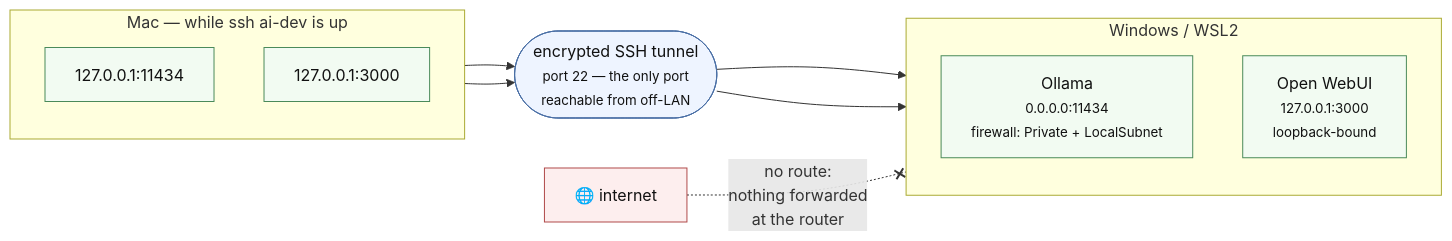
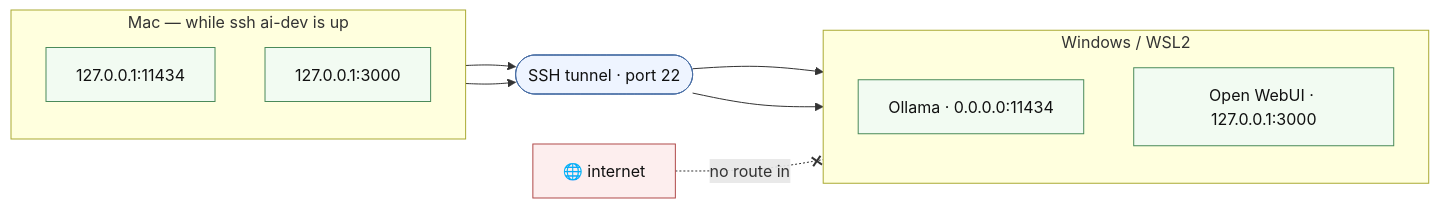
The second of 3 diagrams in docs/architecture.md (beibeiyang/local-ai-workstation), drawn with Mermaid before and after one commit. The commit also changed other lines of this file and 1 other file, not shown here.

Commit message:
fix diagram labels

````diff
--- a/docs/architecture.md
+++ b/docs/architecture.md
@@ -149,31 +149,31 @@
 ```mermaid
 flowchart LR
     subgraph macside["Mac — while ssh ai-dev is up"]
         direction TB
         m1["127.0.0.1:11434"]
         m2["127.0.0.1:3000"]
     end
 
-    tunnel(["encrypted SSH tunnel<br/><small>port 22 — the only port<br/>reachable from off-LAN</small>"])
+    tunnel(["SSH tunnel · port 22"])
 
     subgraph winside["Windows / WSL2"]
         direction TB
-        w1["Ollama<br/><small>0.0.0.0:11434<br/>firewall: Private + LocalSubnet</small>"]
-        w2["Open WebUI<br/><small>127.0.0.1:3000<br/>loopback-bound</small>"]
+        w1["Ollama · 0.0.0.0:11434"]
+        w2["Open WebUI · 127.0.0.1:3000"]
     end
 
     lan["🌐 internet"]
 
     m1 --> tunnel
     m2 --> tunnel
     tunnel --> w1
     tunnel --> w2
-    lan -. "no route:<br/>nothing forwarded<br/>at the router" .-x winside
+    lan -. "no route in" .-x winside
 
     classDef safe fill:#f2fbf2,stroke:#4a8a5a,color:#111
     classDef blocked fill:#fdeeee,stroke:#b04a4a,color:#111
     classDef pipe fill:#eef4ff,stroke:#4a6fa5,color:#111
     class m1,m2,w1,w2 safe
     class lan blocked
     class tunnel pipe
 ```
````
